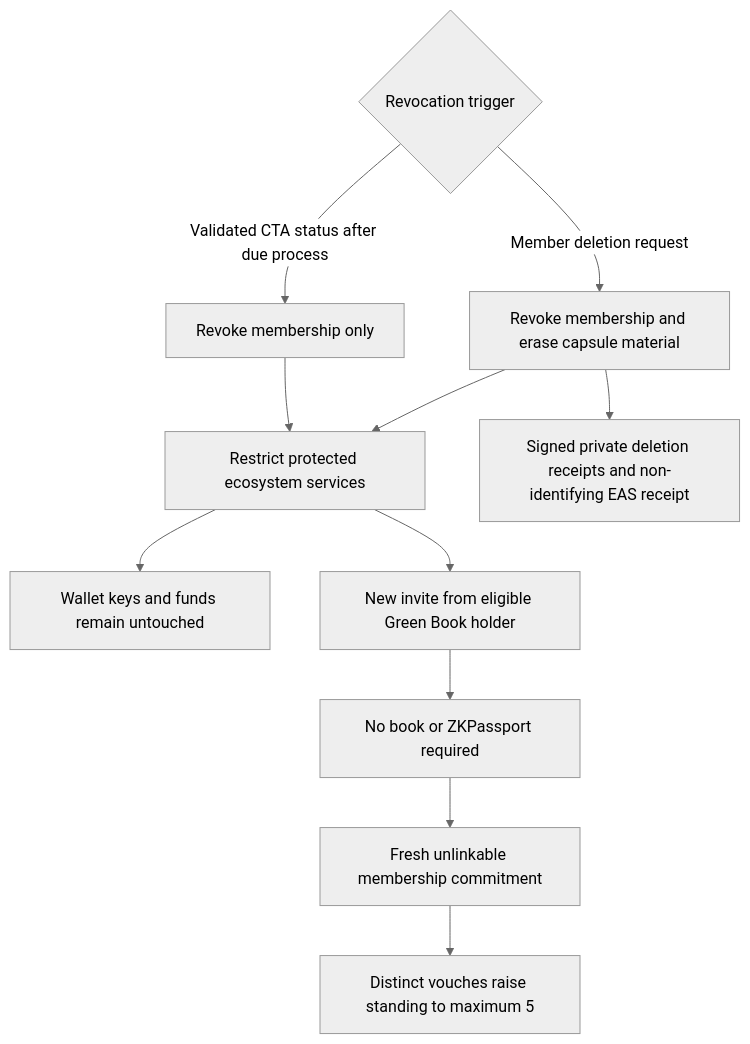
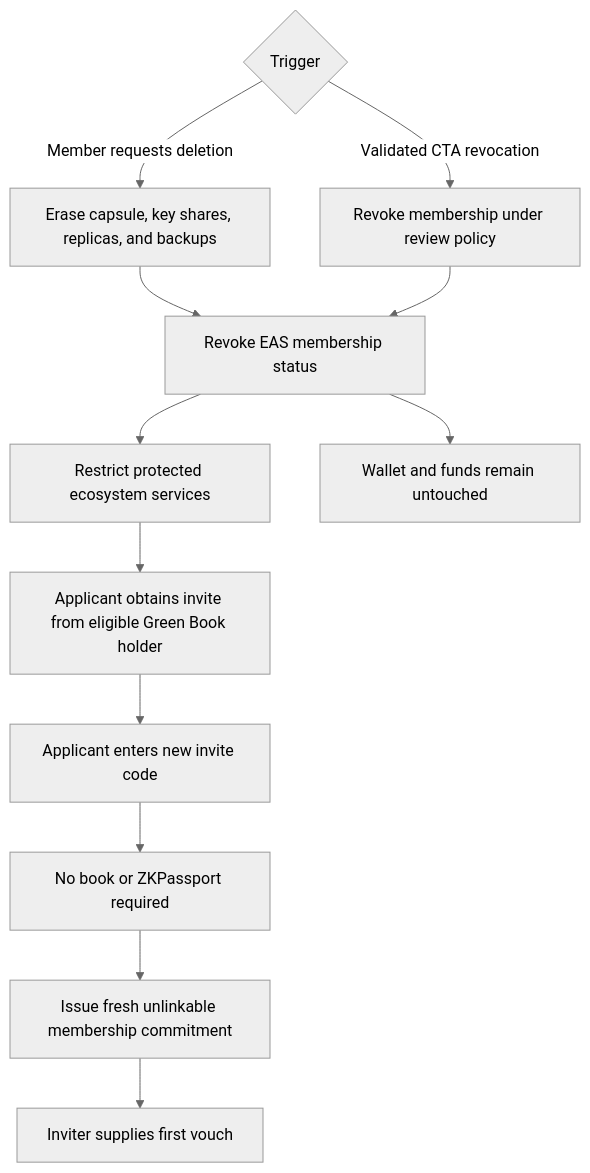
The fifth of 5 diagrams in README.md (AlexJupiter/tibetan-id), drawn with Mermaid (neutral theme) before and after one commit. The commit also changed other lines of this file, not shown here.

Commit message:
Simplify membership and custody flows

````diff
--- a/README.md
+++ b/README.md
@@ -273,14 +237,15 @@
 ```mermaid
 flowchart TD
-    A{Revocation trigger} -->|Member deletion request| B[Revoke membership and erase capsule material]
-    A -->|Validated CTA status after due process| C[Revoke membership only]
-    B --> D[Restrict protected ecosystem services]
+    A{Trigger} -->|Member requests deletion| B[Erase capsule, key shares, replicas, and backups]
+    A -->|Validated CTA revocation| C[Revoke membership under review policy]
+    B --> D[Revoke EAS membership status]
     C --> D
-    B --> E[Signed private deletion receipts and non-identifying EAS receipt]
-    D --> F[Wallet keys and funds remain untouched]
+    D --> E[Restrict protected ecosystem services]
+    D --> F[Wallet and funds remain untouched]
 
-    D --> G[New invite from eligible Green Book holder]
-    G --> H[No book or ZKPassport required]
-    H --> I[Fresh unlinkable membership commitment]
-    I --> J[Distinct vouches raise standing to maximum 5]
+    E --> G[Applicant obtains invite from eligible Green Book holder]
+    G --> H[Applicant enters new invite code]
+    H --> I[No book or ZKPassport required]
+    I --> J[Issue fresh unlinkable membership commitment]
+    J --> K[Inviter supplies first vouch]
 ```
````
